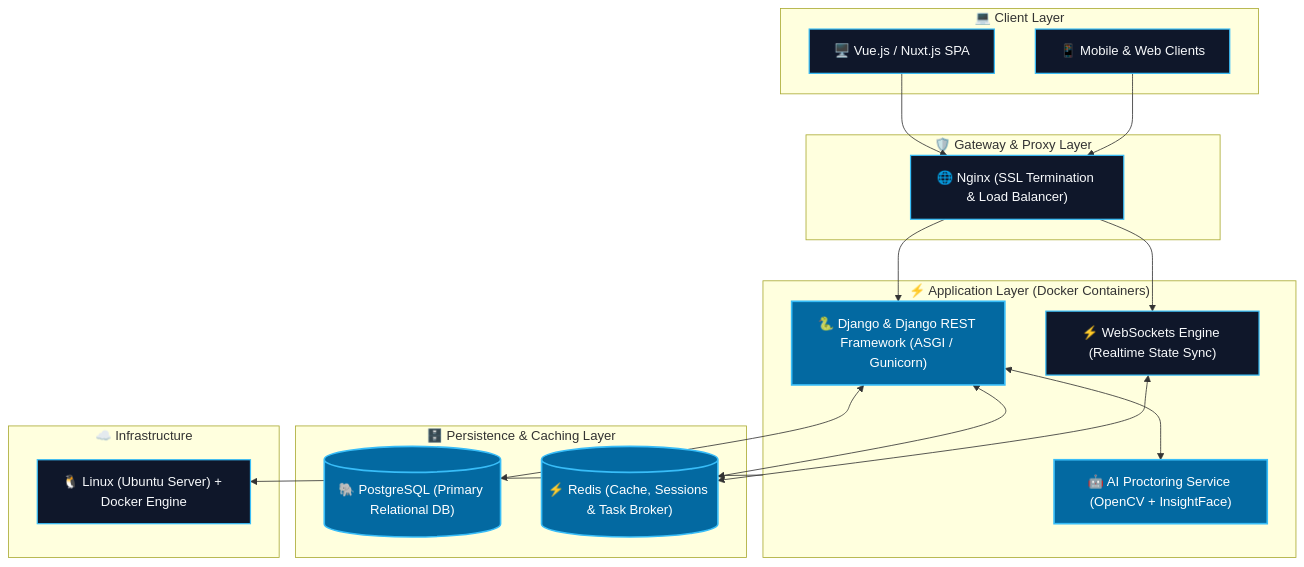
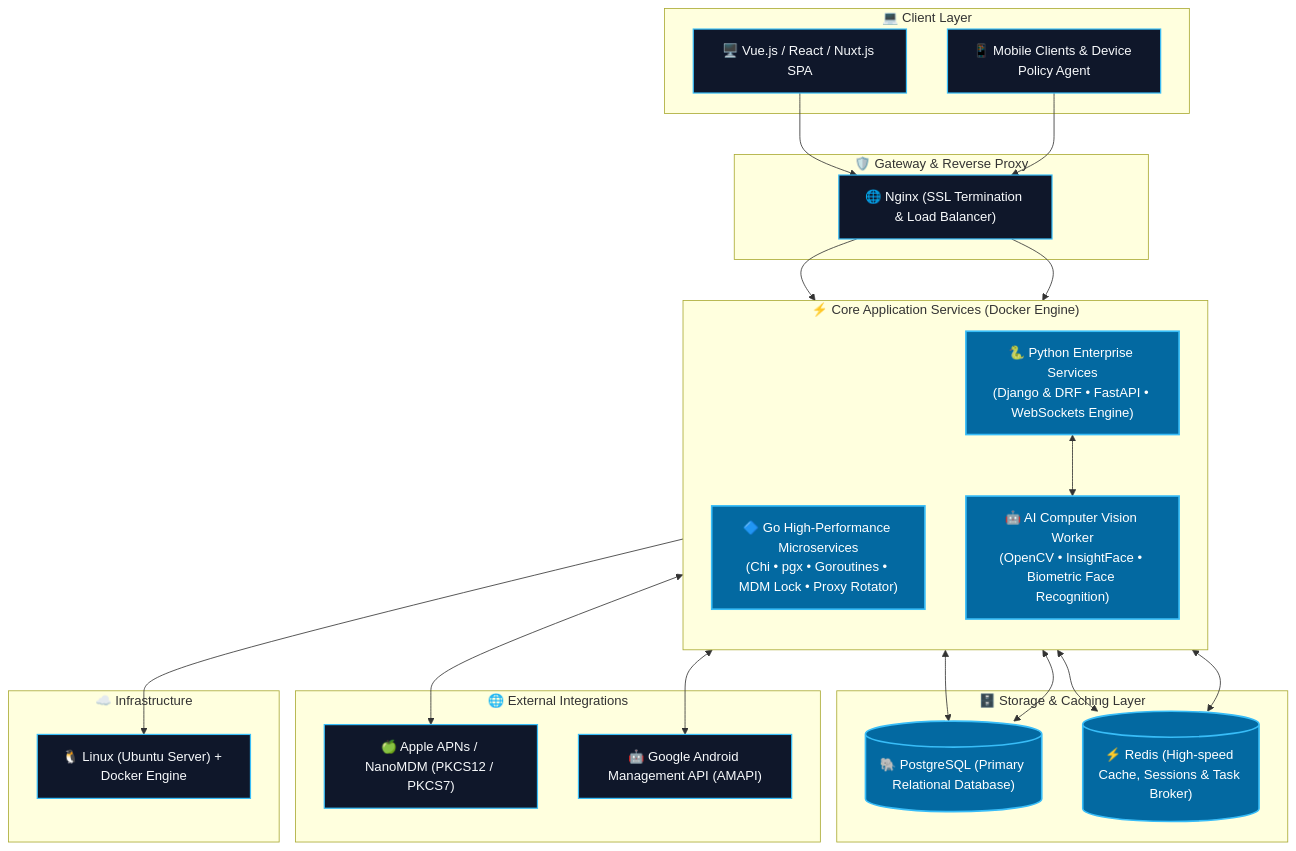
Before and after one commit to auzcoder/auzcoder: the diagram in README.md, drawn with Mermaid. The commit also changed other lines of this file, not shown here.

````diff
--- a/README.md
+++ b/README.md
@@ -139,40 +144,49 @@
 ```mermaid
 flowchart TD
     subgraph ClientSide ["💻 Client Layer"]
-        UI["🖥️ Vue.js / Nuxt.js SPA"]
-        Mobile["📱 Mobile & Web Clients"]
+        Web["🖥️ Vue.js / React / Nuxt.js SPA"]
+        Mobile["📱 Mobile Clients & Device Policy Agent"]
     end
 
-    subgraph Gateway ["🛡️ Gateway & Proxy Layer"]
+    subgraph Gateway ["🛡️ Gateway & Reverse Proxy"]
         Nginx["🌐 Nginx (SSL Termination & Load Balancer)"]
     end
 
-    subgraph Backend ["⚡ Application Layer (Docker Containers)"]
-        Django["🐍 Django & Django REST Framework (ASGI / Gunicorn)"]
-        WS["⚡ WebSockets Engine (Realtime State Sync)"]
-        AI["🤖 AI Proctoring Service (OpenCV + InsightFace)"]
+    subgraph Microservices ["⚡ Core Application Services (Docker Engine)"]
+        direction TB
+        GoSvc["🔷 Go High-Performance Microservices<br/>(Chi • pgx • Goroutines • MDM Lock • Proxy Rotator)"]
+        PySvc["🐍 Python Enterprise Services<br/>(Django & DRF • FastAPI • WebSockets Engine)"]
+        AISvc["🤖 AI Computer Vision Worker<br/>(OpenCV • InsightFace • Biometric Face Recognition)"]
     end
 
-    subgraph DataLayer ["🗄️ Persistence & Caching Layer"]
-        PG[("🐘 PostgreSQL (Primary Relational DB)")]
-        Redis[("⚡ Redis (Cache, Sessions & Task Broker)")]
+    subgraph DataLayer ["🗄️ Storage & Caching Layer"]
+        PG[("🐘 PostgreSQL (Primary Relational Database)")]
+        Redis[("⚡ Redis (High-speed Cache, Sessions & Task Broker)")]
+    end
+
+    subgraph External ["🌐 External Integrations"]
+        AppleMDM["🍏 Apple APNs / NanoMDM (PKCS12 / PKCS7)"]
+        GoogleAMAPI["🤖 Google Android Management API (AMAPI)"]
     end
 
     subgraph Infra ["☁️ Infrastructure"]
         Host["🐧 Linux (Ubuntu Server) + Docker Engine"]
     end
 
-    UI --> Nginx
+    Web --> Nginx
     Mobile --> Nginx
-    Nginx --> Django
-    Nginx --> WS
-    Django <--> PG
-    Django <--> Redis
-    Django <--> AI
-    WS <--> Redis
-    Backend --> Host
+    Nginx --> GoSvc
+    Nginx --> PySvc
+    GoSvc <--> PG
+    GoSvc <--> Redis
+    GoSvc <--> AppleMDM
+    GoSvc <--> GoogleAMAPI
+    PySvc <--> PG
+    PySvc <--> Redis
+    PySvc <--> AISvc
+    Microservices --> Host
 
     classDef default fill:#0f172a,stroke:#38bdf8,stroke-width:1.5px,color:#f8fafc;
     classDef highlight fill:#0369a1,stroke:#38bdf8,stroke-width:2px,color:#ffffff;
-    class Django,AI,PG,Redis highlight;
+    class GoSvc,PySvc,AISvc,PG,Redis highlight;
 ```
````
